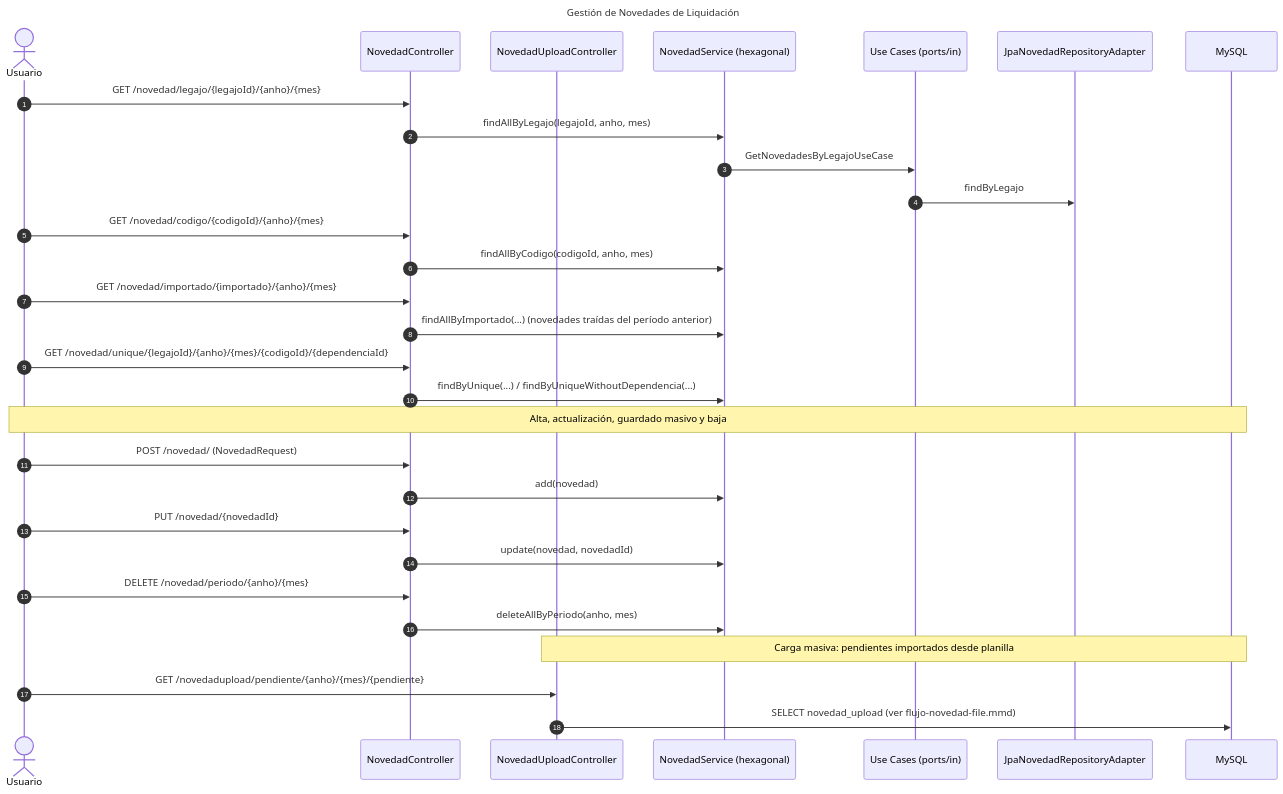
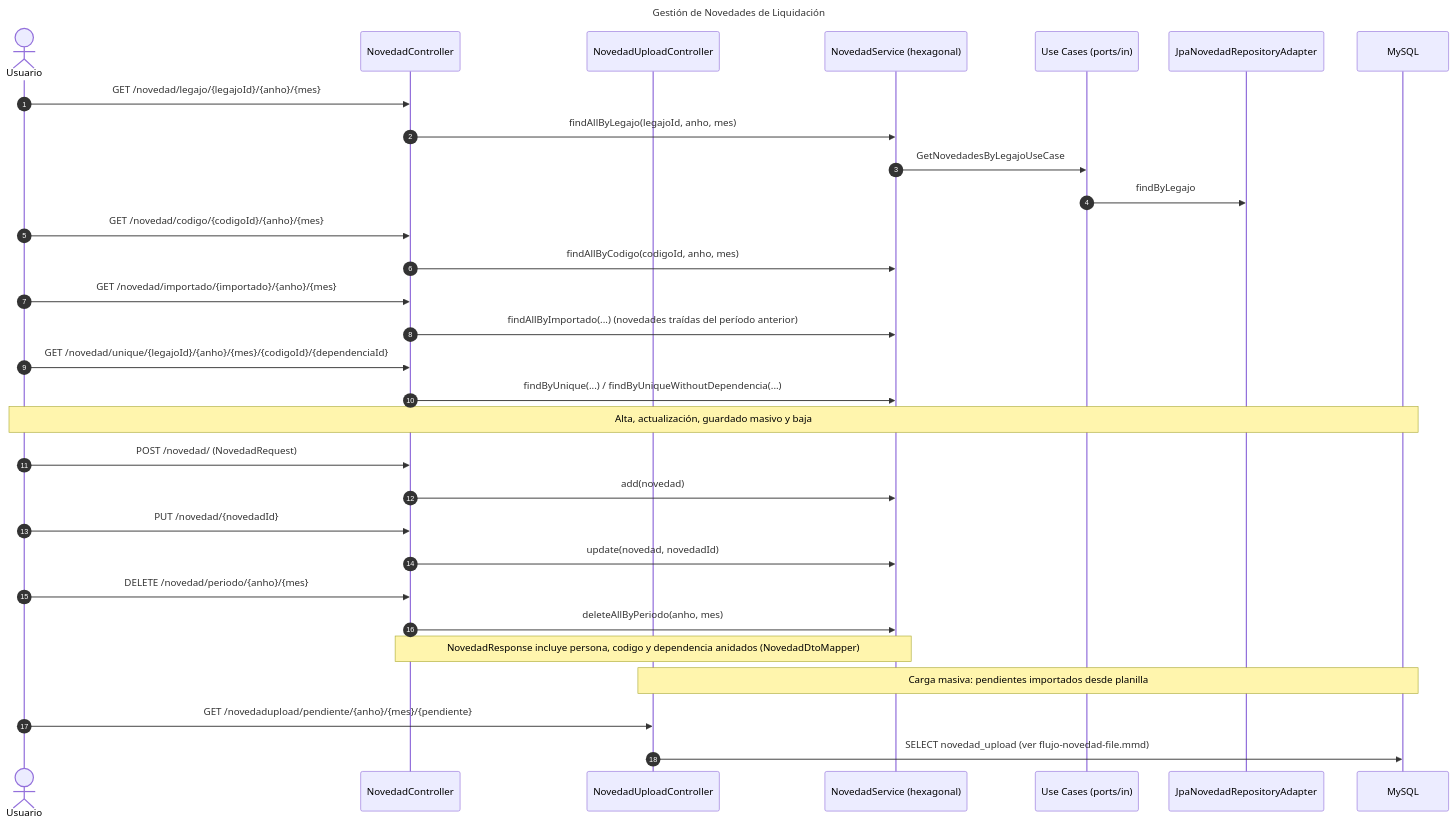
One commit to UM-services/UM.haberes.core-service changed the diagram in docs/diagrams/flujo-novedad-gestion.mmd. Above: the diagram before and after it, drawn with Mermaid. The commit also changed 58 other files, not shown here.

```diff
--- a/docs/diagrams/flujo-novedad-gestion.mmd
+++ b/docs/diagrams/flujo-novedad-gestion.mmd
@@ -1,37 +1,39 @@
 ---
 title: "Gestión de Novedades de Liquidación"
 ---
 sequenceDiagram
     autonumber
     actor Usuario
     participant Ctrl as NovedadController
     participant UpCtrl as NovedadUploadController
     participant Svc as NovedadService (hexagonal)
     participant UC as Use Cases (ports/in)
     participant Adapt as JpaNovedadRepositoryAdapter
     participant DB as MySQL
 
     Usuario->>Ctrl: GET /novedad/legajo/{legajoId}/{anho}/{mes}
     Ctrl->>Svc: findAllByLegajo(legajoId, anho, mes)
     Svc->>UC: GetNovedadesByLegajoUseCase
     UC->>Adapt: findByLegajo
     Usuario->>Ctrl: GET /novedad/codigo/{codigoId}/{anho}/{mes}
     Ctrl->>Svc: findAllByCodigo(codigoId, anho, mes)
     Usuario->>Ctrl: GET /novedad/importado/{importado}/{anho}/{mes}
     Ctrl->>Svc: findAllByImportado(...) (novedades traídas del período anterior)
     Usuario->>Ctrl: GET /novedad/unique/{legajoId}/{anho}/{mes}/{codigoId}/{dependenciaId}
     Ctrl->>Svc: findByUnique(...) / findByUniqueWithoutDependencia(...)
 
     Note over Usuario,DB: Alta, actualización, guardado masivo y baja
 
     Usuario->>Ctrl: POST /novedad/ (NovedadRequest)
     Ctrl->>Svc: add(novedad)
     Usuario->>Ctrl: PUT /novedad/{novedadId}
     Ctrl->>Svc: update(novedad, novedadId)
     Usuario->>Ctrl: DELETE /novedad/periodo/{anho}/{mes}
     Ctrl->>Svc: deleteAllByPeriodo(anho, mes)
 
+    Note over Ctrl,Svc: NovedadResponse incluye persona, codigo y dependencia anidados (NovedadDtoMapper)
+
     Note over UpCtrl,DB: Carga masiva: pendientes importados desde planilla
 
     Usuario->>UpCtrl: GET /novedadupload/pendiente/{anho}/{mes}/{pendiente}
     UpCtrl->>DB: SELECT novedad_upload (ver flujo-novedad-file.mmd)
```
